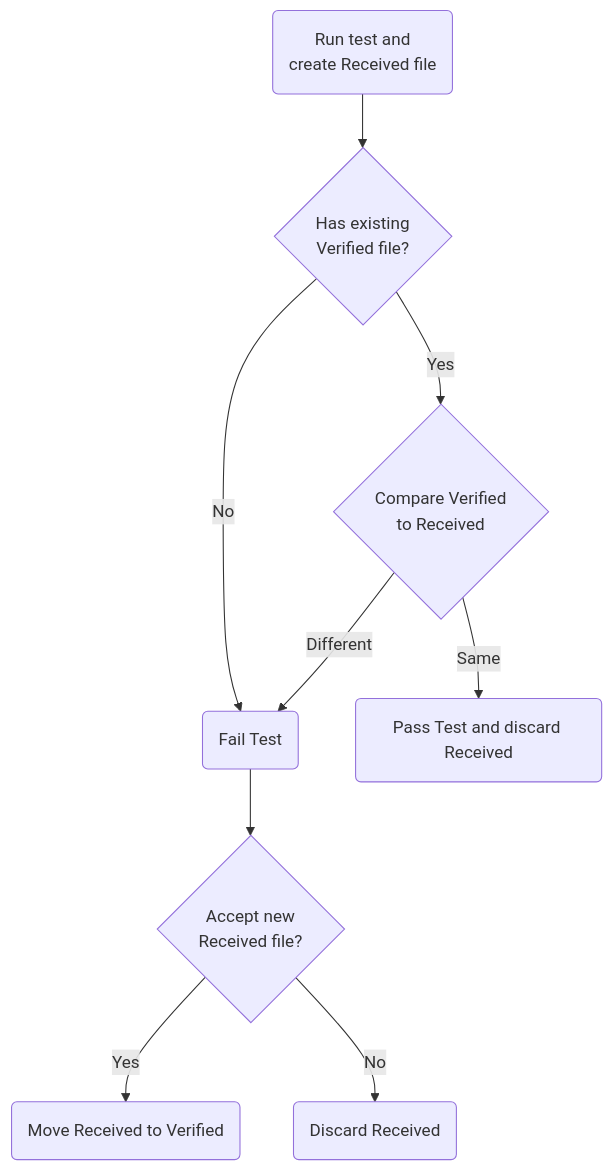
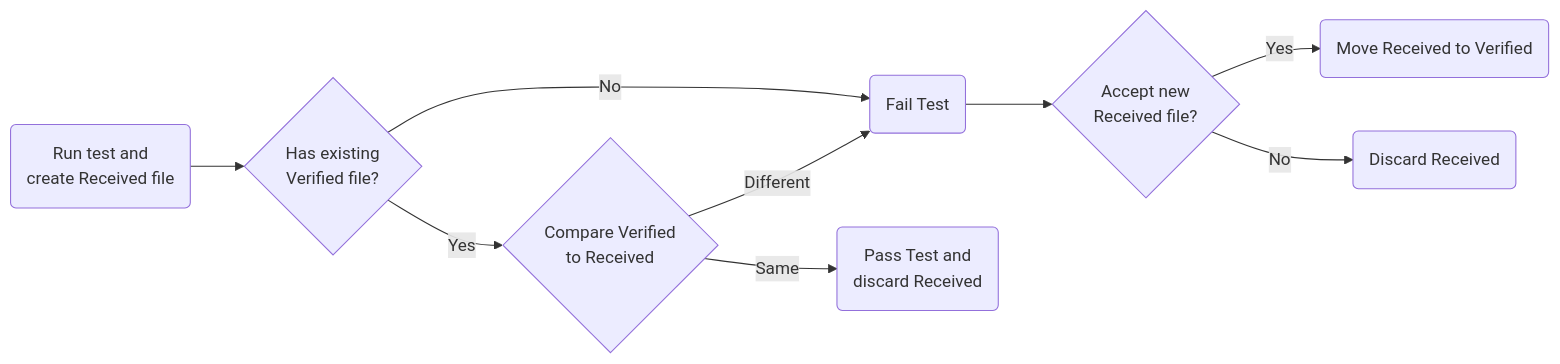
The diagram in runsheet.md (VerifyTests/Verify.Sample), drawn with Mermaid before and after one commit. The commit also changed 1 other file, not shown here.

````diff
--- a/runsheet.md
+++ b/runsheet.md
@@ -11,20 +11,20 @@
 ```mermaid
-graph TD
+graph LR
 run(Run test and<br/>create Received file)
 hasSnapshot{Has existing<br/>Verified file?}
 hasSnapshot-- No -->failTest
 failTest(Fail Test)
 run-->hasSnapshot
 shouldAccept{Accept new<br/>Received file?}
 failTest-->shouldAccept
 accept(Move Received to Verified)
 shouldAccept-- Yes -->accept
 discard(Discard Received)
 shouldAccept-- No -->discard
 
 isSame{Compare Verified<br/>to Received}
 hasSnapshot-- Yes -->isSame
-passTest(Pass Test and discard Received)
+passTest(Pass Test and<br/>discard Received)
 isSame-- Same --> passTest
 isSame-- Different --> failTest
 ```
````
